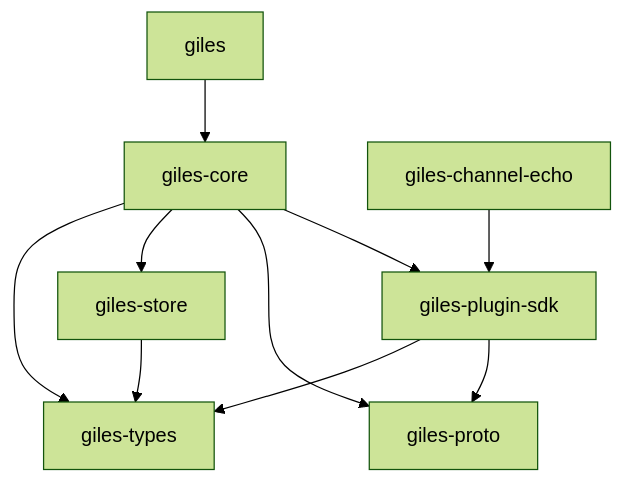
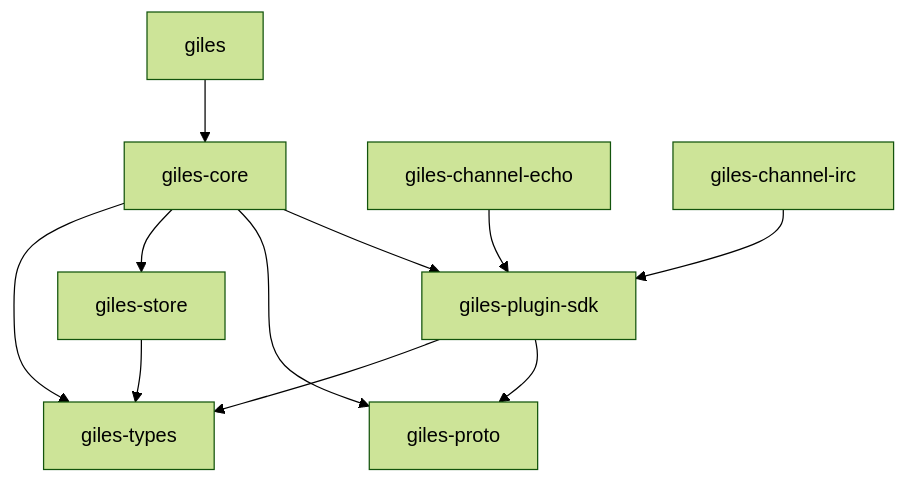
One commit to jennings/giles changed the diagram in Docs/technical/workspace.md. Above: the diagram before and after it, drawn with Mermaid (forest theme). The commit also changed other lines of this file and 27 other files, not shown here.

Commit message:
feat(irc): IRC channel plugin (irc-proto, tokio-rustls); tick 3.4

````diff
--- a/Docs/technical/workspace.md
+++ b/Docs/technical/workspace.md
@@ -26,12 +27,13 @@
 ```mermaid
 flowchart TD
   giles --> core[giles-core]
   core --> types[giles-types]
   core --> store[giles-store]
   core --> proto[giles-proto]
   core --> sdk[giles-plugin-sdk]
   sdk --> types
   sdk --> proto
   store --> types
   echo[giles-channel-echo] --> sdk
+  irc[giles-channel-irc] --> sdk
 ```
````
